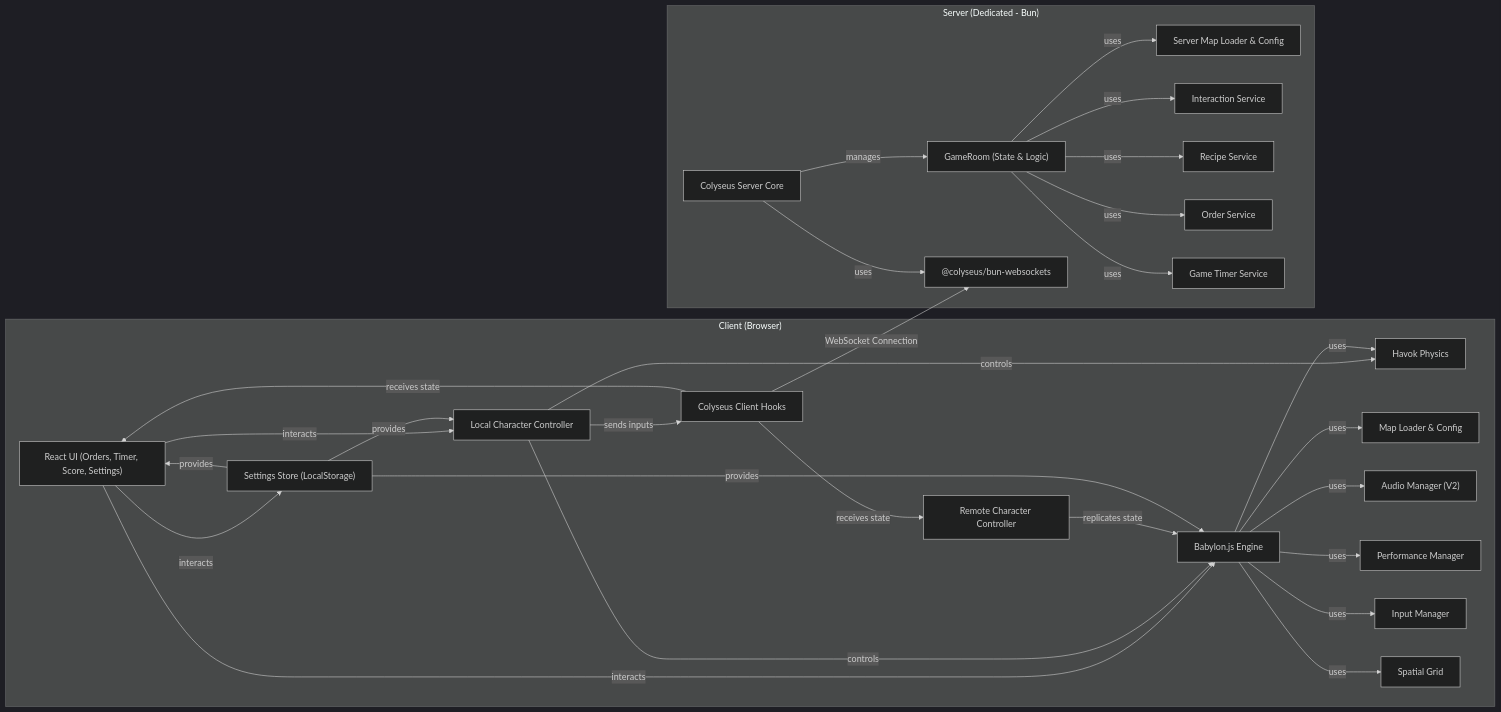
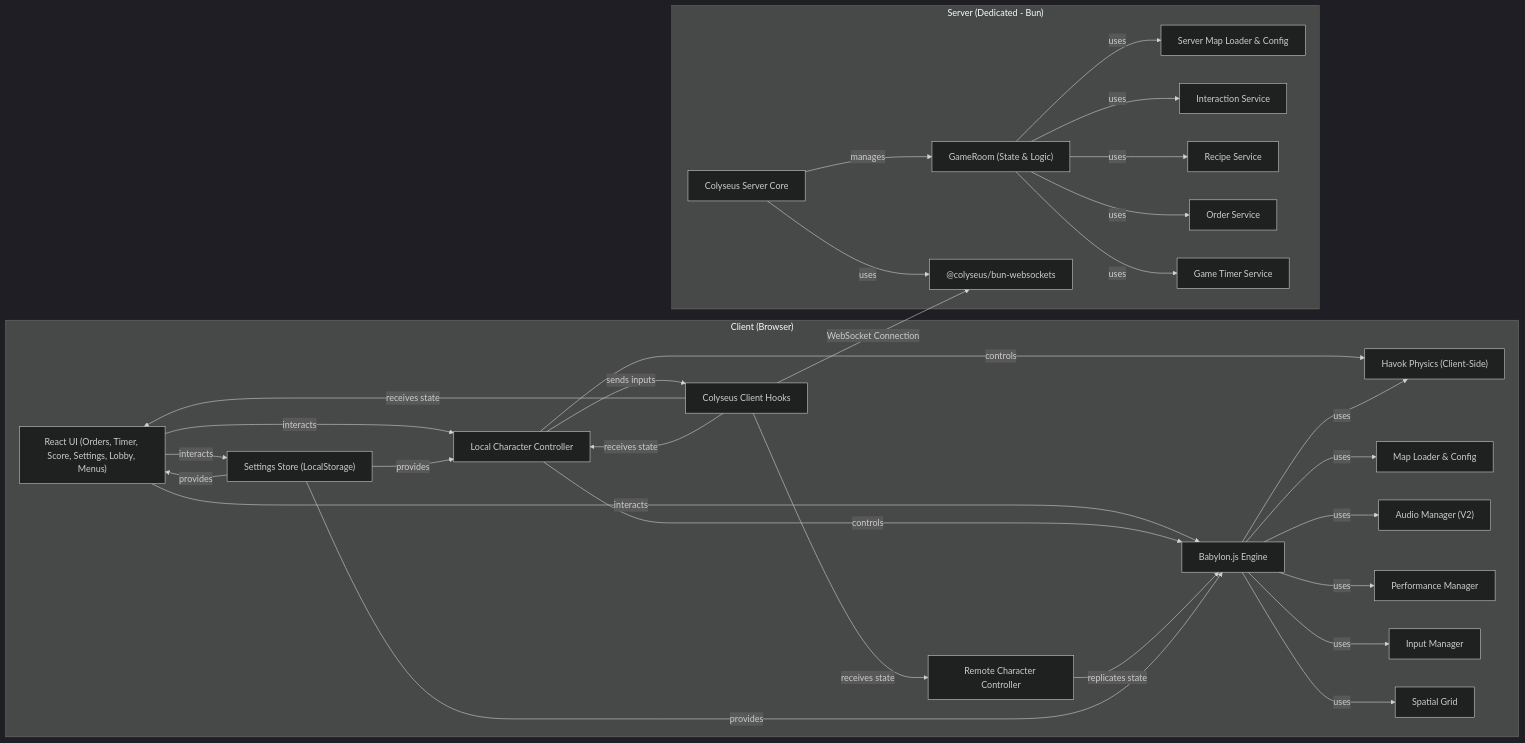
Before and after one commit to TriForMine/Delixia: the first of 3 diagrams in README.md, drawn with Mermaid (dark theme). The commit also changed other lines of this file, not shown here.

````diff
--- a/README.md
+++ b/README.md
@@ -69,42 +73,42 @@
 ```mermaid
 graph LR
     subgraph Client ["Client (Browser)"]
-        UI["React UI (Orders, Timer, Score, Settings)"]
+        UI["React UI (Orders, Timer, Score, Settings, Lobby, Menus)"]
         Engine[Babylon.js Engine]
         LocalChar[Local Character Controller]
         RemoteChar[Remote Character Controller]
         NetworkClient[Colyseus Client Hooks]
-        Physics["Havok Physics"]
+        Physics["Havok Physics (Client-Side)"]
         MapLoad[Map Loader & Config]
         AudioMgr["Audio Manager (V2)"]
         PerfMgr[Performance Manager]
         InputMgr[Input Manager]
         SpatialGrid[Spatial Grid]
         SettingsStore["Settings Store (LocalStorage)"]
 
         UI -- interacts --> Engine & LocalChar & SettingsStore
         LocalChar -- controls --> Engine & Physics
         RemoteChar -- replicates state --> Engine
         LocalChar -- sends inputs --> NetworkClient
-        NetworkClient -- receives state --> UI & RemoteChar
+        NetworkClient -- receives state --> UI & RemoteChar & LocalChar
         Engine -- uses --> Physics & MapLoad & AudioMgr & PerfMgr & InputMgr & SpatialGrid
         SettingsStore -- provides --> Engine & UI & LocalChar
     end
 
     subgraph Server ["Server (Dedicated - Bun)"]
         ColyseusServer["Colyseus Server Core"]
         GameRoomLogic["GameRoom (State & Logic)"]
         WebSockets["@colyseus/bun-websockets"]
         ServerMapLoad["Server Map Loader & Config"]
         InteractionSvc["Interaction Service"]
         RecipeSvc["Recipe Service"]
         OrderSvc["Order Service"]
         TimerSvc["Game Timer Service"]
 
         ColyseusServer -- manages --> GameRoomLogic
         GameRoomLogic -- uses --> InteractionSvc & RecipeSvc & OrderSvc & TimerSvc & ServerMapLoad
         ColyseusServer -- uses --> WebSockets
     end
 
     NetworkClient -- "WebSocket Connection" --> WebSockets
 ```
````
